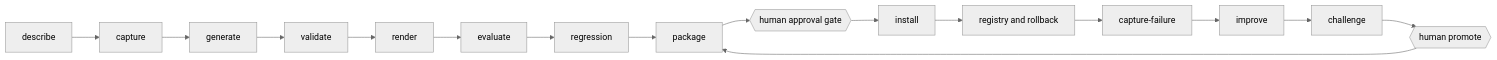
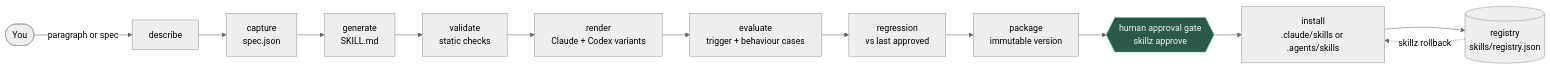
The first of 6 diagrams in README.md (Jimmycarroll2021/skill-factory), drawn with Mermaid (neutral theme) before and after one commit. The commit also changed other lines of this file and 1 other file, not shown here.

First line of the commit message:
docs: rewrite the README with pipeline, platform, release, lifecycle, challenger-loop and architecture diagrams

````diff
--- a/README.md
+++ b/README.md
@@ -16,18 +60,16 @@
 ```mermaid
 flowchart LR
-    A[describe] --> B[capture]
-    B --> C[generate]
-    C --> D[validate]
-    D --> E[render]
-    E --> F[evaluate]
-    F --> G[regression]
-    G --> H[package]
-    H --> I{{human approval gate}}
-    I --> J[install]
-    J --> K[registry and rollback]
-    K --> L[capture-failure]
-    L --> M[improve]
-    M --> N[challenge]
-    N --> O{{human promote}}
-    O --> H
+    you([You]) -->|paragraph or spec| A[describe]
+    A --> B[capture<br/>spec.json]
+    B --> C[generate<br/>SKILL.md]
+    C --> D[validate<br/>static checks]
+    D --> E[render<br/>Claude + Codex variants]
+    E --> F[evaluate<br/>trigger + behaviour cases]
+    F --> G[regression<br/>vs last approved]
+    G --> H[package<br/>immutable version]
+    H --> I{{human approval gate<br/>skillz approve}}
+    I --> J[install<br/>.claude/skills or .agents/skills]
+    J --> K[(registry<br/>skills/registry.json)]
+    K -.->|skillz rollback| J
+    style I fill:#2b5a4a,stroke:#5fd3a8,color:#eef4f2
 ```
````
